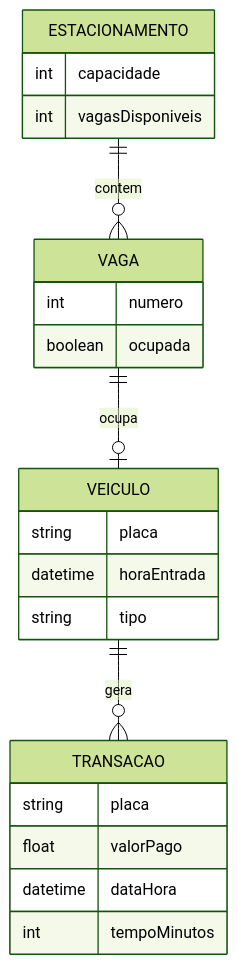
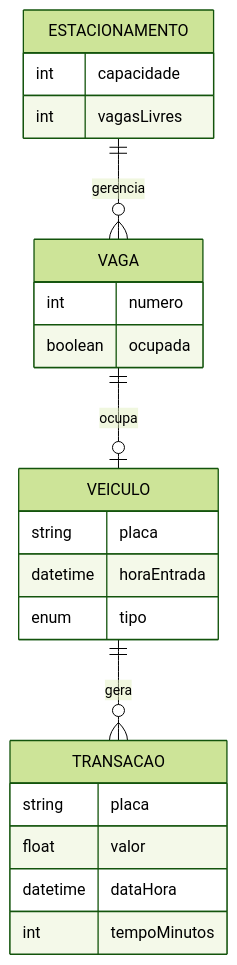
The second of 2 diagrams in analise.md (muriklo/park_manager), drawn with Mermaid (forest theme) before and after one commit. The commit also changed other lines of this file and 4 other files, not shown here.

````diff
--- a/analise.md
+++ b/analise.md
@@ -112,26 +96,26 @@
 ```mermaid
 erDiagram
-    ESTACIONAMENTO ||--o{ VAGA : contem
+    ESTACIONAMENTO ||--o{ VAGA : gerencia
     VAGA ||--o| VEICULO : ocupa
     VEICULO ||--o{ TRANSACAO : gera
 
     ESTACIONAMENTO {
         int capacidade
-        int vagasDisponiveis
+        int vagasLivres
     }
     VAGA {
         int numero
         boolean ocupada
     }
     VEICULO {
         string placa
         datetime horaEntrada
-        string tipo
+        enum tipo
     }
     TRANSACAO {
         string placa
-        float valorPago
+        float valor
         datetime dataHora
         int tempoMinutos
     }
 ```
````
